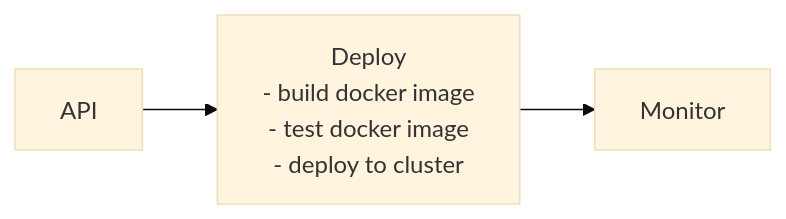
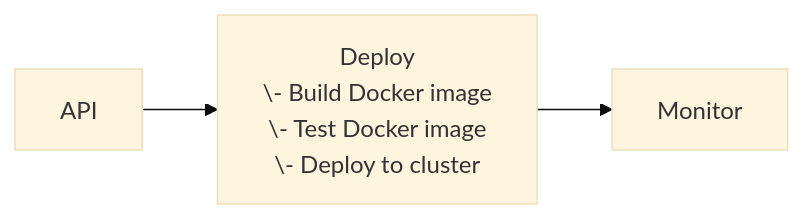
The second of 3 diagrams in README.md (praveer-k/mlops), drawn with Mermaid (base theme) before and after one commit. The commit also changed other lines of this file, not shown here.

````diff
--- a/README.md
+++ b/README.md
@@ -35,8 +53,8 @@
 ```mermaid
-  flowchart LR;
-      A[API] --> B["`Deploy
-  \- build docker image
-  \- test docker image
-  \- deploy to cluster`"];
-      B --> C[Monitor];
+flowchart LR;
+    A[API] --> B["Deploy
+  \- Build Docker image
+  \- Test Docker image
+  \- Deploy to cluster"];
+    B --> C[Monitor];
 ```
````
